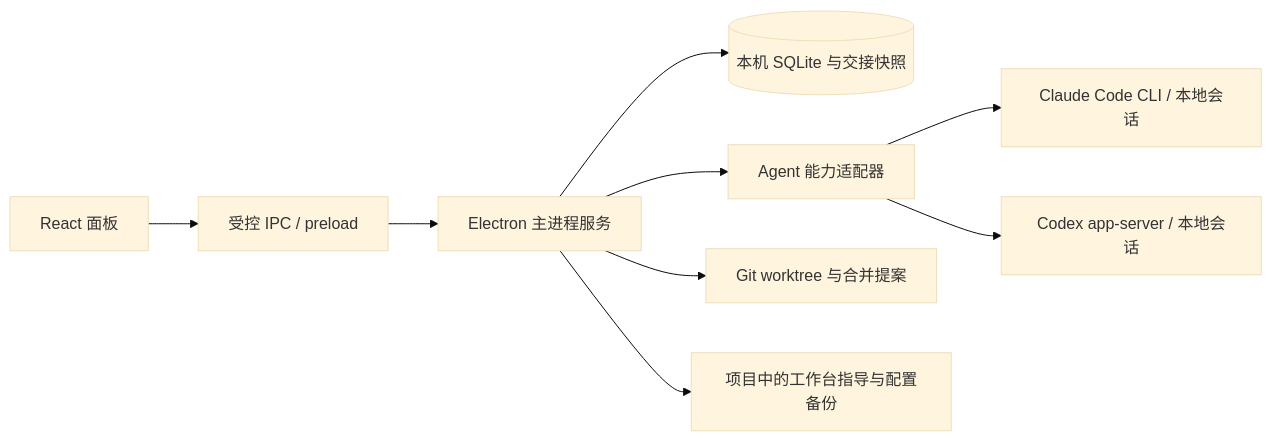
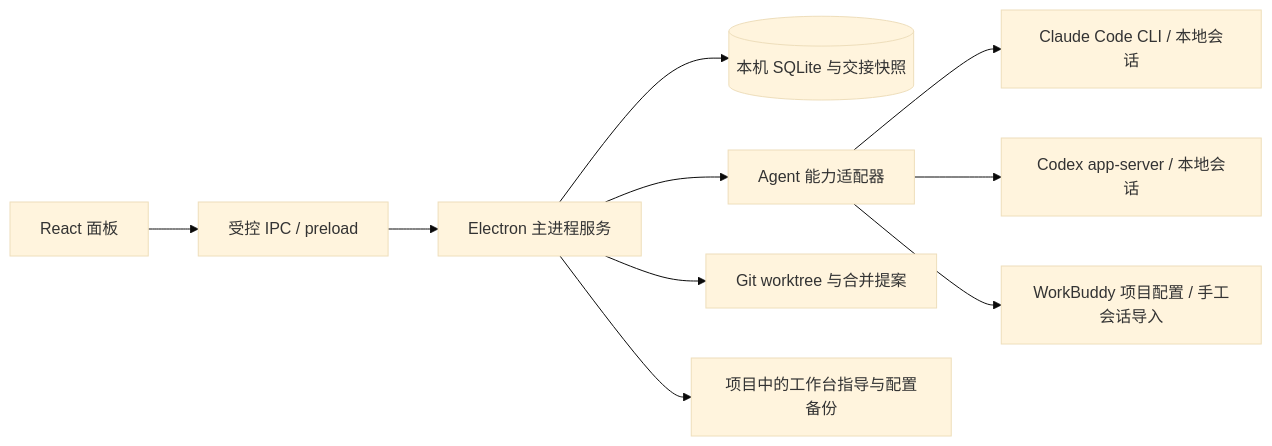
One commit to legend91019/agent-home changed the diagram in README.md. Above: the diagram before and after it, drawn with Mermaid (base theme). The commit also changed other lines of this file and 26 other files, not shown here.

Commit message:
feat: rename to agent-home and add WorkBuddy project integration

````diff
--- a/README.md
+++ b/README.md
@@ -81,11 +94,12 @@
 ```mermaid
 flowchart LR
     UI[React 面板] --> IPC[受控 IPC / preload]
     IPC --> CORE[Electron 主进程服务]
     CORE --> DB[(本机 SQLite 与交接快照)]
     CORE --> ADAPTER[Agent 能力适配器]
     CORE --> GIT[Git worktree 与合并提案]
     ADAPTER --> CLAUDE[Claude Code CLI / 本地会话]
     ADAPTER --> CODEX[Codex app-server / 本地会话]
+    ADAPTER --> WORKBUDDY[WorkBuddy 项目配置 / 手工会话导入]
     CORE --> PROJECT[项目中的工作台指导与配置备份]
 ```
````
